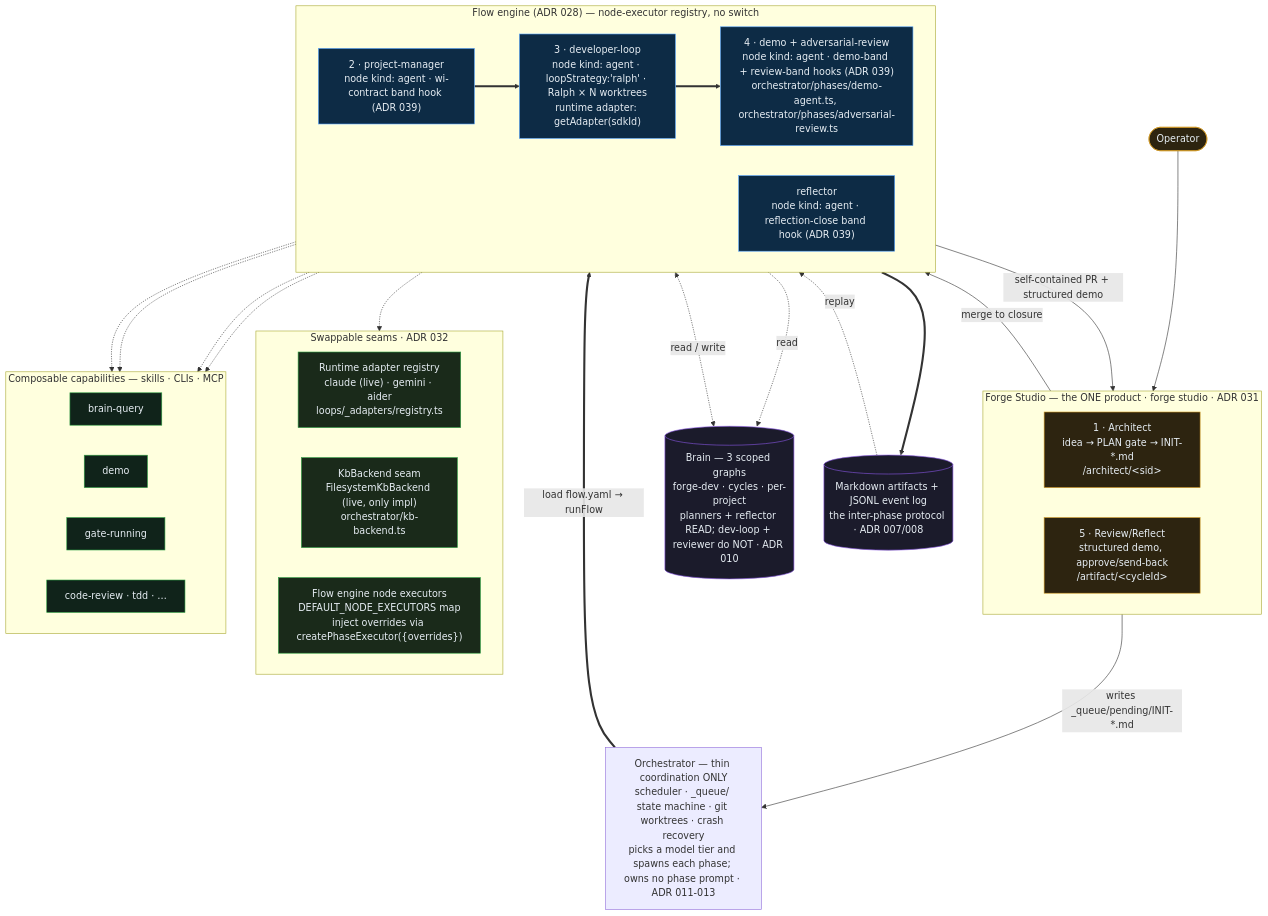
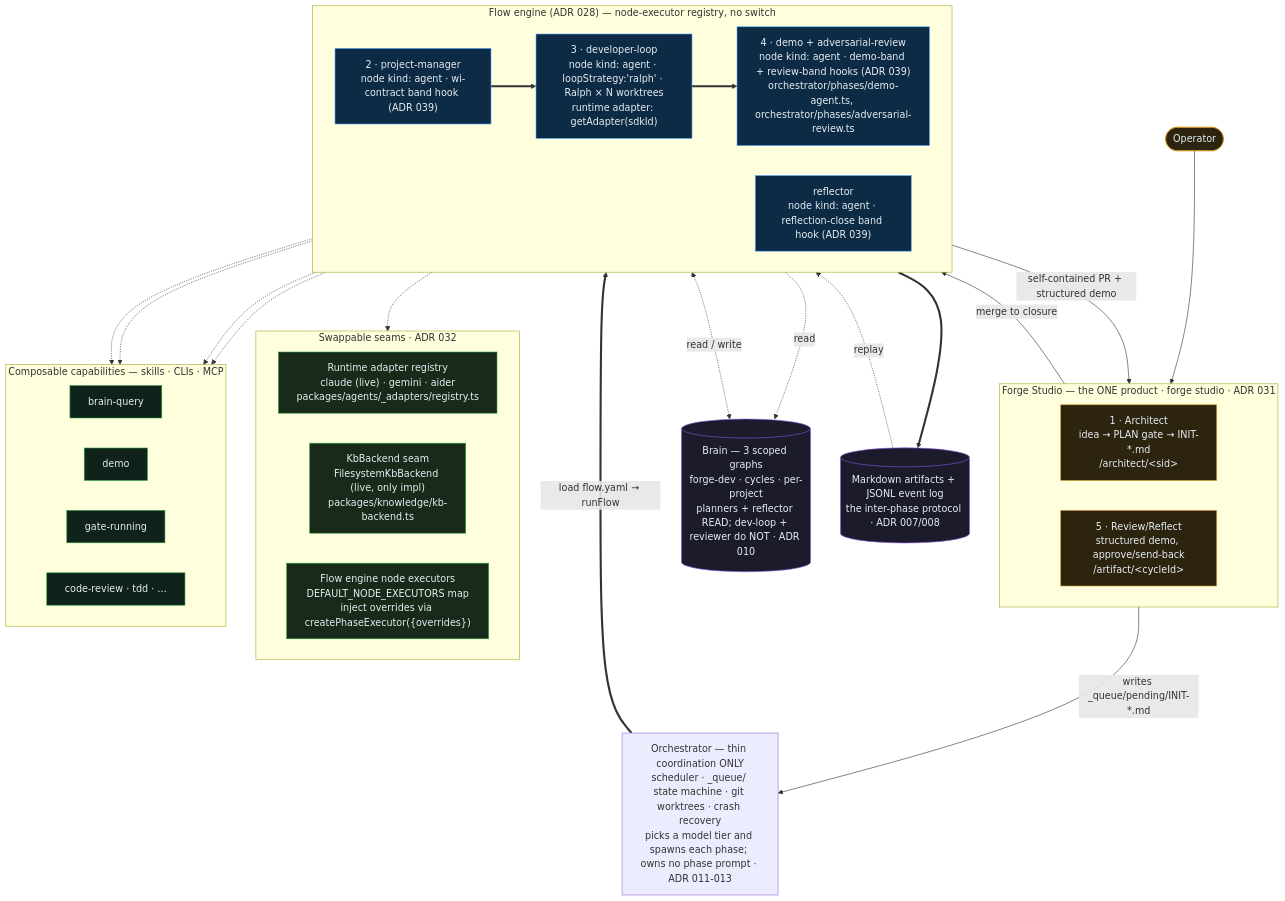
The diagram in ARCHITECTURE.md (parsoFish/forge-studio), drawn with Mermaid before and after one commit. The commit also changed other lines of this file and 7 other files, not shown here.

````diff
--- a/ARCHITECTURE.md
+++ b/ARCHITECTURE.md
@@ -53,65 +53,65 @@
 ```mermaid
 flowchart TB
     OP(["Operator"])
 
     subgraph STUDIO["Forge Studio — the ONE product · forge studio · ADR 031"]
         direction LR
         AR["1 · Architect<br/>idea → PLAN gate → INIT-*.md<br/>/architect/&lt;sid&gt;"]
         RV["5 · Review/Reflect<br/>structured demo, approve/send-back<br/>/artifact/&lt;cycleId&gt;"]
     end
 
     ORCH["Orchestrator — thin coordination ONLY<br/>scheduler · _queue/ state machine · git worktrees · crash recovery<br/>picks a model tier and spawns each phase; owns no phase prompt · ADR 011-013"]
 
     subgraph ENGINE["Flow engine (ADR 028) — node-executor registry, no switch"]
         direction LR
         PM["2 · project-manager<br/>node kind: agent · wi-contract band hook (ADR 039)"]
         DV["3 · developer-loop<br/>node kind: agent · loopStrategy:'ralph' · Ralph × N worktrees<br/>runtime adapter: getAdapter(sdkId)"]
         UN["4 · demo + adversarial-review<br/>node kind: agent · demo-band + review-band hooks (ADR 039)<br/>orchestrator/phases/demo-agent.ts, orchestrator/phases/adversarial-review.ts"]
         RFL["reflector<br/>node kind: agent · reflection-close band hook (ADR 039)"]
     end
 
     subgraph SEAMS["Swappable seams · ADR 032"]
         direction LR
-        RA["Runtime adapter registry<br/>claude (live) · gemini · aider<br/>loops/_adapters/registry.ts"]
-        KB["KbBackend seam<br/>FilesystemKbBackend (live, only impl)<br/>orchestrator/kb-backend.ts"]
+        RA["Runtime adapter registry<br/>claude (live) · gemini · aider<br/>packages/agents/_adapters/registry.ts"]
+        KB["KbBackend seam<br/>FilesystemKbBackend (live, only impl)<br/>packages/knowledge/kb-backend.ts"]
         FE["Flow engine node executors<br/>DEFAULT_NODE_EXECUTORS map<br/>inject overrides via createPhaseExecutor({overrides})"]
     end
 
     subgraph CAP["Composable capabilities — skills · CLIs · MCP"]
         direction LR
         C1["brain-query"]
         C2["demo"]
         C3["gate-running"]
         C4["code-review · tdd · …"]
     end
 
     BRAIN[("Brain — 3 scoped graphs<br/>forge-dev · cycles · per-project<br/>planners + reflector READ; dev-loop + reviewer do NOT · ADR 010")]
     LOG[("Markdown artifacts + JSONL event log<br/>the inter-phase protocol · ADR 007/008")]
 
     OP --> STUDIO
     AR -->|"writes _queue/pending/INIT-*.md"| ORCH
     ORCH ==>|"load flow.yaml → runFlow"| PM
     PM ==> DV ==> UN
     UN -->|"self-contained PR + structured demo"| RV
     RV -->|"merge to closure"| RFL
     ENGINE -.-> SEAMS
     PM -.-> CAP
     DV -.-> CAP
     UN -.-> CAP
     RFL -.-> CAP
     PM -.->|read| BRAIN
     RFL <-.->|read / write| BRAIN
     ENGINE ==> LOG
     LOG -.->|replay| RFL
 
     classDef agent fill:#0d2b45,stroke:#58a6ff,color:#e6edf3;
     classDef seam fill:#1a2a1a,stroke:#2ea043,color:#e6edf3;
     classDef cap fill:#10231a,stroke:#2ea043,color:#e6edf3;
     classDef store fill:#1b1b2b,stroke:#8957e5,color:#e6edf3;
     classDef human fill:#2d2410,stroke:#d29922,color:#e6edf3;
     class PM,DV,UN,RFL agent;
     class RA,KB,FE seam;
     class C1,C2,C3,C4 cap;
     class BRAIN,LOG store;
     class OP,AR,RV human;
 ```
````
